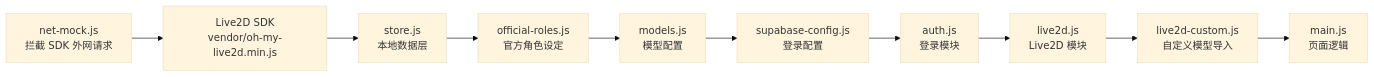
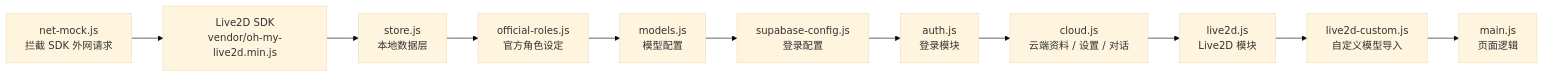
Before and after one commit to xiaoxingyuemiao/xingyue: the sixth of 9 diagrams in docs/05-网站流程图.md, drawn with Mermaid (base theme). The commit also changed other lines of this file and 6 other files, not shown here.

````diff
--- a/docs/05-网站流程图.md
+++ b/docs/05-网站流程图.md
@@ -163,12 +190,13 @@
 ```mermaid
 flowchart LR
     A["net-mock.js<br/>拦截 SDK 外网请求"] --> B["Live2D SDK<br/>vendor/oh-my-live2d.min.js"]
     B --> C["store.js<br/>本地数据层"]
     C --> D["official-roles.js<br/>官方角色设定"]
     D --> E["models.js<br/>模型配置"]
     E --> F["supabase-config.js<br/>登录配置"]
     F --> G["auth.js<br/>登录模块"]
-    G --> H["live2d.js<br/>Live2D 模块"]
-    H --> I["live2d-custom.js<br/>自定义模型导入"]
-    I --> J["main.js<br/>页面逻辑"]
+    G --> H["cloud.js<br/>云端资料 / 设置 / 对话"]
+    H --> I["live2d.js<br/>Live2D 模块"]
+    I --> J["live2d-custom.js<br/>自定义模型导入"]
+    J --> K["main.js<br/>页面逻辑"]
 ```
````
